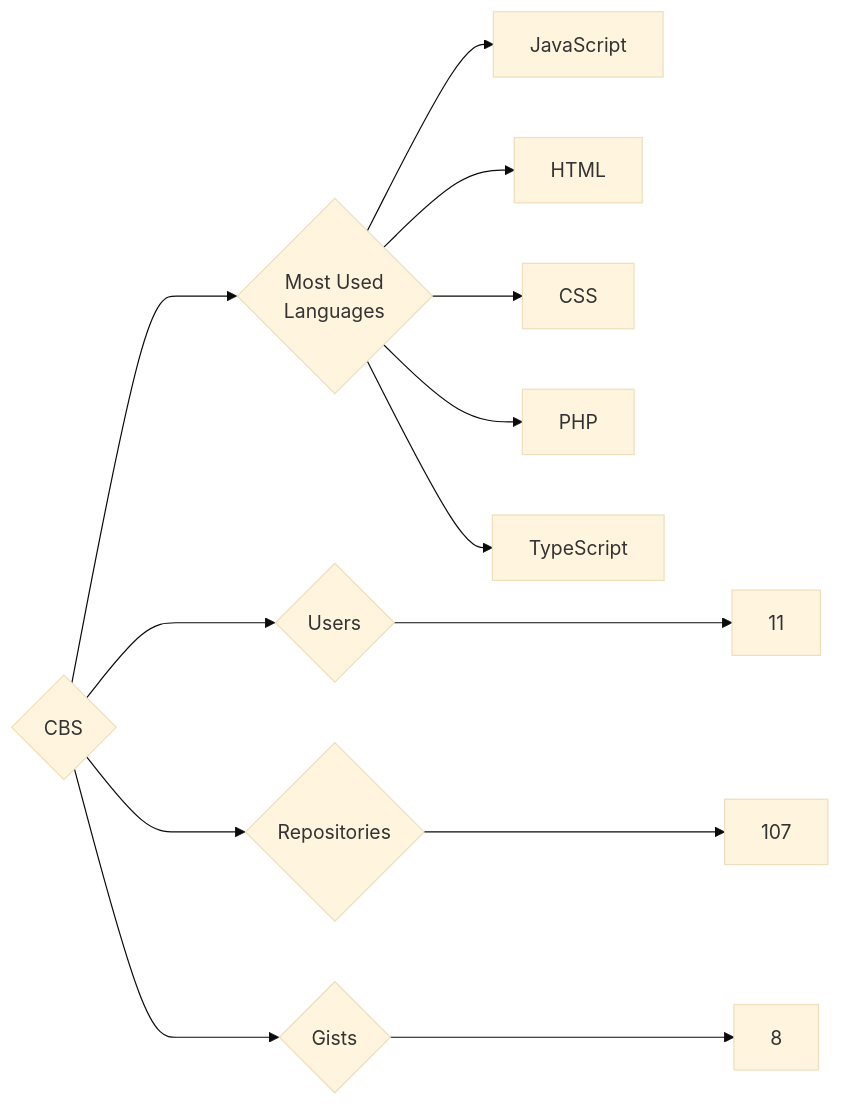
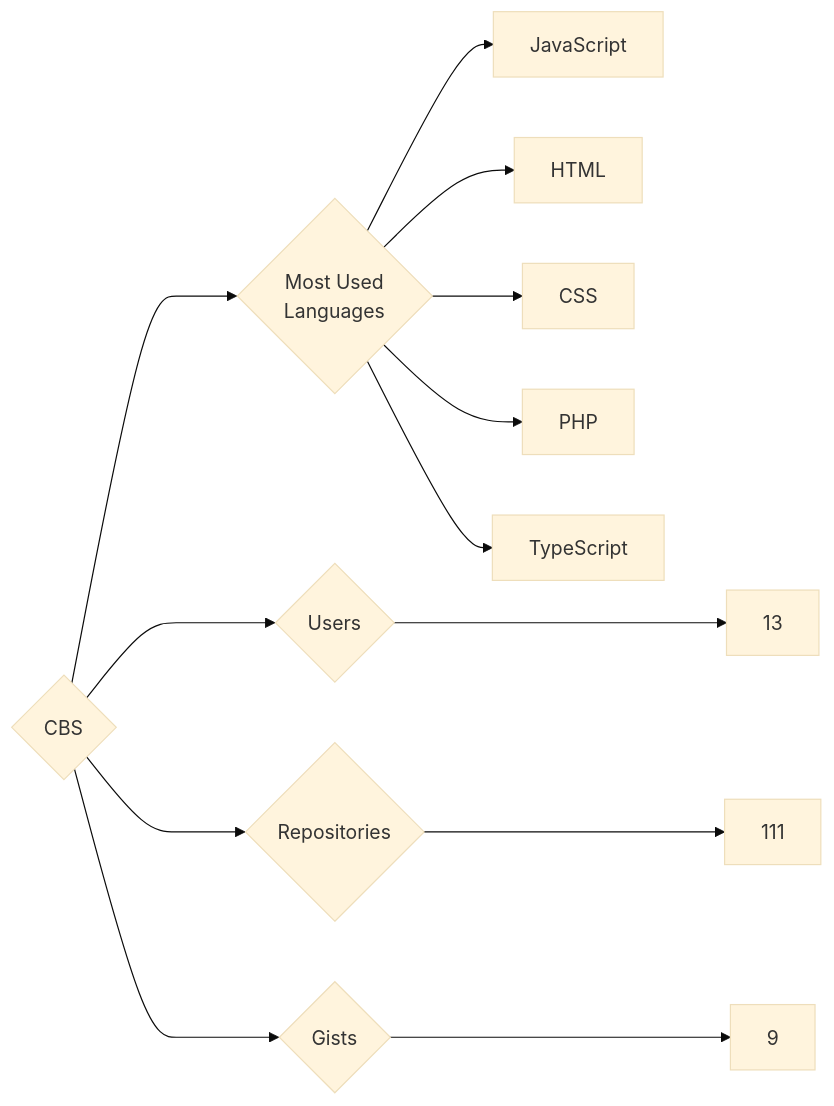
The diagram in targets/CBS/README.md (trickest/insiders), drawn with Mermaid (base theme) before and after one commit. The commit also changed 899 other files, not shown here.

````diff
--- a/targets/CBS/README.md
+++ b/targets/CBS/README.md
@@ -3,13 +3,13 @@
 ```mermaid
 graph LR
 COMPANY_NAME{CBS}
-COMPANY_NAME ---> U{Users} ---> UN[11]
-COMPANY_NAME ---> R{Repositories} ---> RN[107]
-COMPANY_NAME ---> G{Gists} ---> GN[8]
+COMPANY_NAME ---> U{Users} ---> UN[13]
+COMPANY_NAME ---> R{Repositories} ---> RN[111]
+COMPANY_NAME ---> G{Gists} ---> GN[9]
 COMPANY_NAME ---> ML{Most Used<br>Languages}
 ML --> JavaScript[JavaScript]
 ML --> HTML[HTML]
 ML --> CSS[CSS]
 ML --> PHP[PHP]
 ML --> TypeScript[TypeScript]
 ```
````
